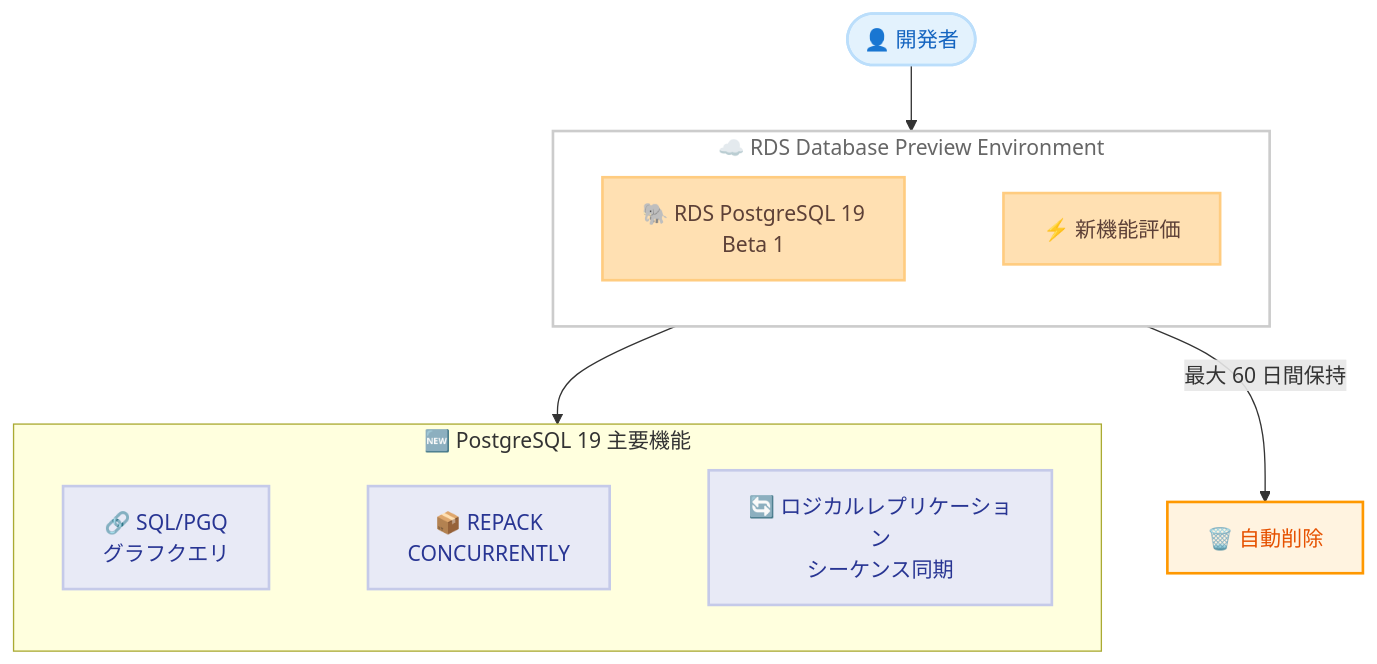
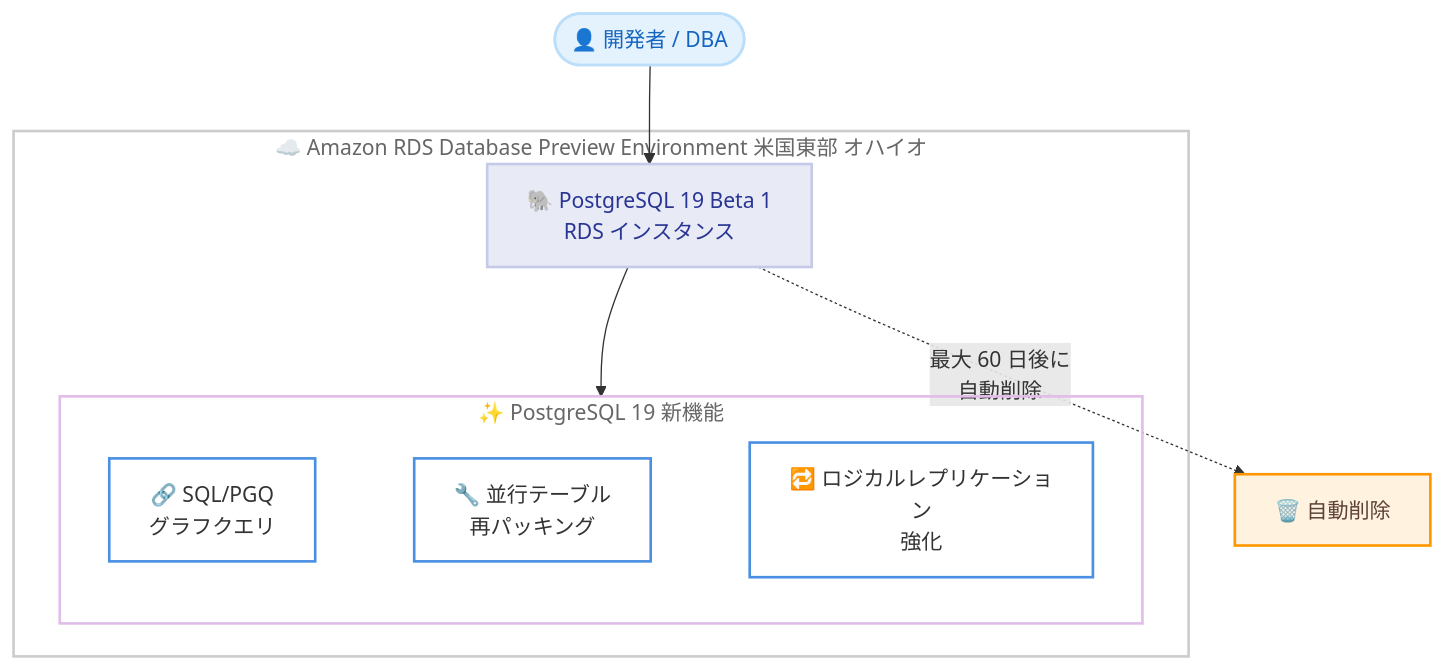
The diagram in reports/2026/2026-06-08-postgresql-19-beta-1-amazon-rds-database-preview-environment.md (takech9203/aws-news-summary), drawn with Mermaid before and after one commit. The commit also changed other lines of this file and 28 other files, not shown here.

````diff
--- a/reports/2026/2026-06-08-postgresql-19-beta-1-amazon-rds-database-preview-environment.md
+++ b/reports/2026/2026-06-08-postgresql-19-beta-1-amazon-rds-database-preview-environment.md
@@ -31,33 +38,31 @@
 ```mermaid
 flowchart TD
-    subgraph Preview["☁️ RDS Database Preview Environment"]
-        direction LR
-        RDS["🐘 RDS PostgreSQL 19<br/>Beta 1"]
-        Features["⚡ 新機能評価"]
-        RDS ~~~ Features
+    subgraph Preview["☁️ Amazon RDS Database Preview Environment 米国東部 オハイオ"]
+        PG19["🐘 PostgreSQL 19 Beta 1<br/>RDS インスタンス"]
+        subgraph Features["✨ PostgreSQL 19 新機能"]
+            direction LR
+            F1["🔗 SQL/PGQ<br/>グラフクエリ"]
+            F2["🔧 並行テーブル<br/>再パッキング"]
+            F3["🔁 ロジカルレプリケーション<br/>強化"]
+            F1 ~~~ F2 ~~~ F3
+        end
+        PG19 --> Features
     end
 
-    subgraph PG19["🆕 PostgreSQL 19 主要機能"]
-        direction LR
-        Graph["🔗 SQL/PGQ<br/>グラフクエリ"]
-        Repack["📦 REPACK<br/>CONCURRENTLY"]
-        LogRep["🔄 ロジカルレプリケーション<br/>シーケンス同期"]
-        Graph ~~~ Repack ~~~ LogRep
-    end
-
-    User(["👤 開発者"]) --> Preview
-    Preview --> PG19
-    Preview -->|"最大 60 日間保持"| Delete["🗑️ 自動削除"]
+    Dev(["👤 開発者 / DBA"]) --> PG19
+    PG19 -.->|最大 60 日後に<br/>自動削除| Deleted["🗑️ 自動削除"]
 
     classDef cloud fill:none,stroke:#CCCCCC,stroke-width:2px,color:#666666
-    classDef compute fill:#FFE0B2,stroke:#FFCC80,stroke-width:2px,color:#5D4037
-    classDef feature fill:#E8EAF6,stroke:#C5CAE9,stroke-width:2px,color:#283593
+    classDef layer fill:none,stroke:#E1BEE7,stroke-width:2px,color:#666666
+    classDef database fill:#E8EAF6,stroke:#C5CAE9,stroke-width:2px,color:#283593
+    classDef process fill:#FFFFFF,stroke:#4A90E2,stroke-width:2px,color:#333333
     classDef user fill:#E3F2FD,stroke:#BBDEFB,stroke-width:2px,color:#1565C0
-    classDef warning fill:#FFF3E0,stroke:#FF9800,stroke-width:2px,color:#E65100
+    classDef warning fill:#FFF3E0,stroke:#FF9800,stroke-width:2px,color:#5D4037
 
     class Preview cloud
-    class RDS,Features compute
-    class Graph,Repack,LogRep feature
-    class User user
-    class Delete warning
+    class Features layer
+    class PG19 database
+    class F1,F2,F3 process
+    class Dev user
+    class Deleted warning
 ```
````
